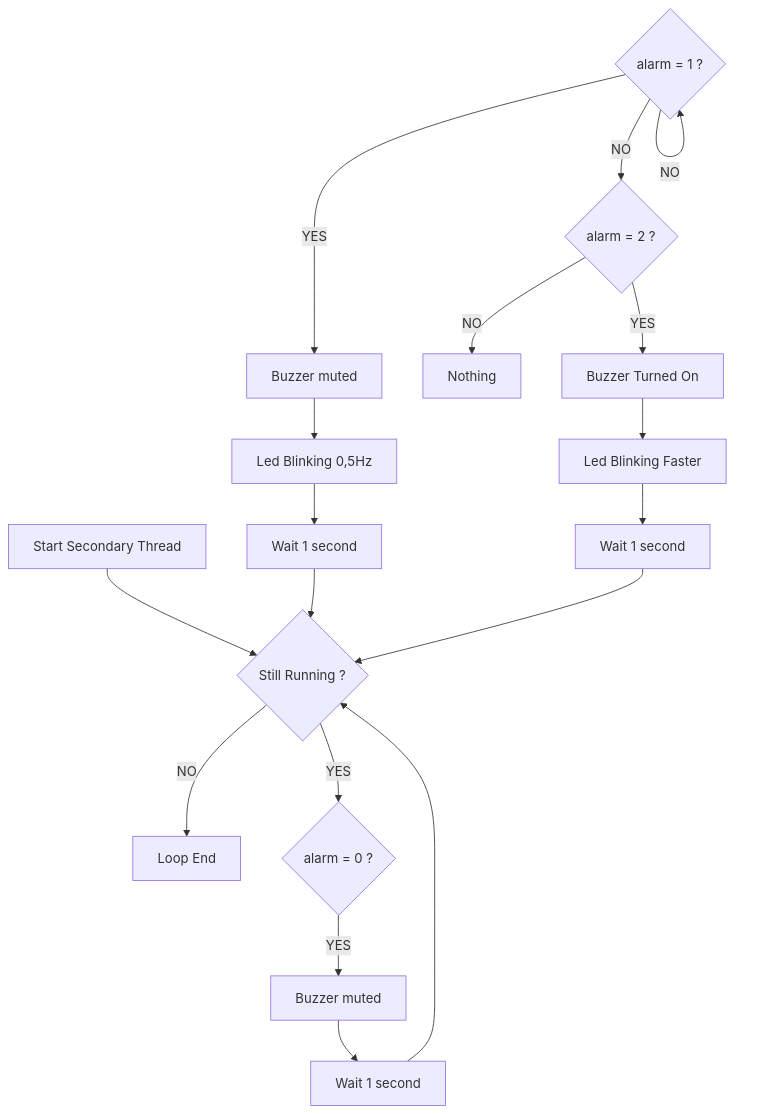
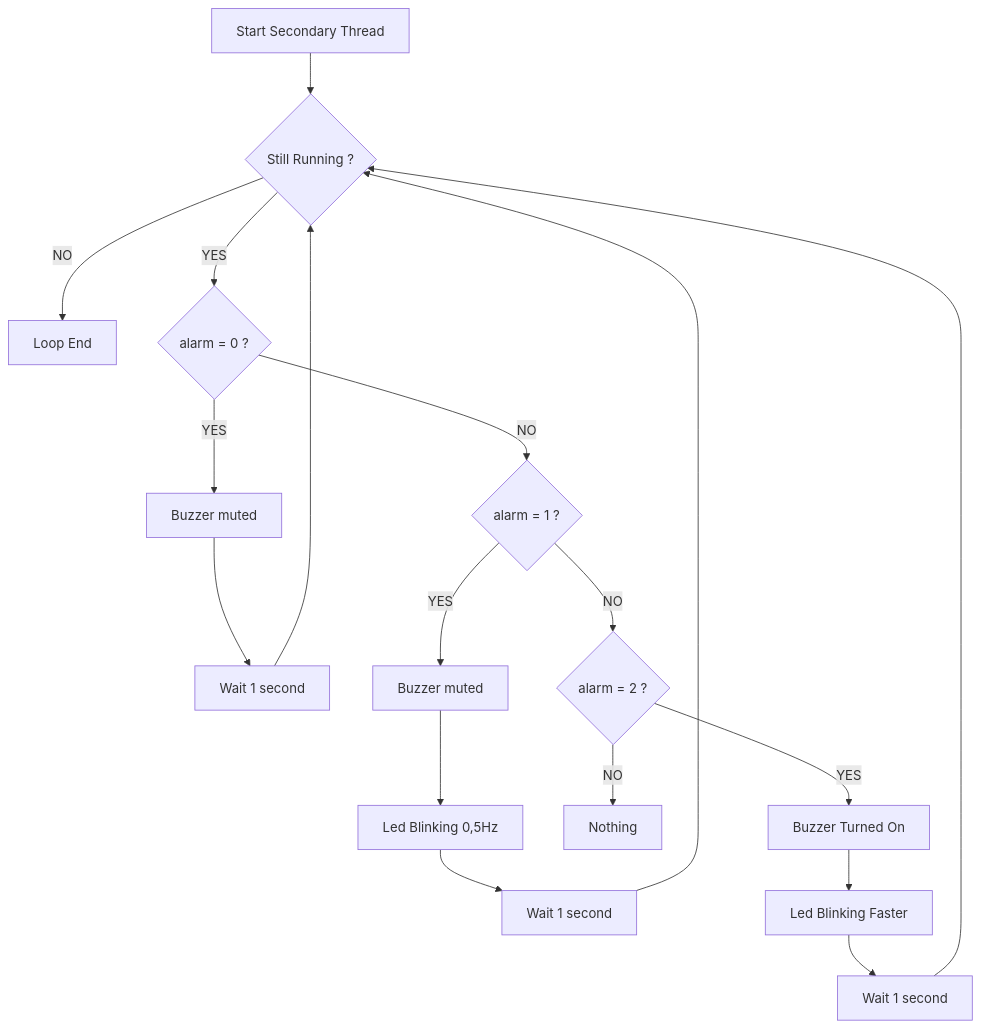
Before and after one commit to Valentin-Petitniot/smartcities: the second of 2 diagrams in LCD/readme.md, drawn with Mermaid.

Commit message:
:construction: LCD readme flowchart

````diff
--- a/LCD/readme.md
+++ b/LCD/readme.md
@@ -63,20 +63,20 @@
 ```mermaid
 flowchart TD
     Tp[Start Secondary Thread] --> Lp{Still Running ?}
         Lp -- NO --> EndLoop[Loop End]
         Lp -- YES --> if0{alarm = 0 ?}
             if0 -- YES --> buzM0[Buzzer muted]
                 buzM0 --> wait0[Wait 1 second]
                 wait0 --> Lp
-            if1 -- NO --> if1{alarm = 1 ?}
+            if0 -- NO --> if1{alarm = 1 ?}
                 if1 -- YES --> buzM1[Buzzer muted]
                     buzM1 --> actLed[Led Blinking 0,5Hz]
                     actLed --> wait1[Wait 1 second]
                     wait1 --> Lp
                 if1 -- NO --> if2{alarm = 2 ?}
                     if2 -- NO --> Imp[Nothing]
                     if2 -- YES --> EnBuz[Buzzer Turned On]
                         EnBuz --> EnLed[Led Blinking Faster]
                         EnLed --> wait2[Wait 1 second]
                         wait2 --> Lp
 ```
````
